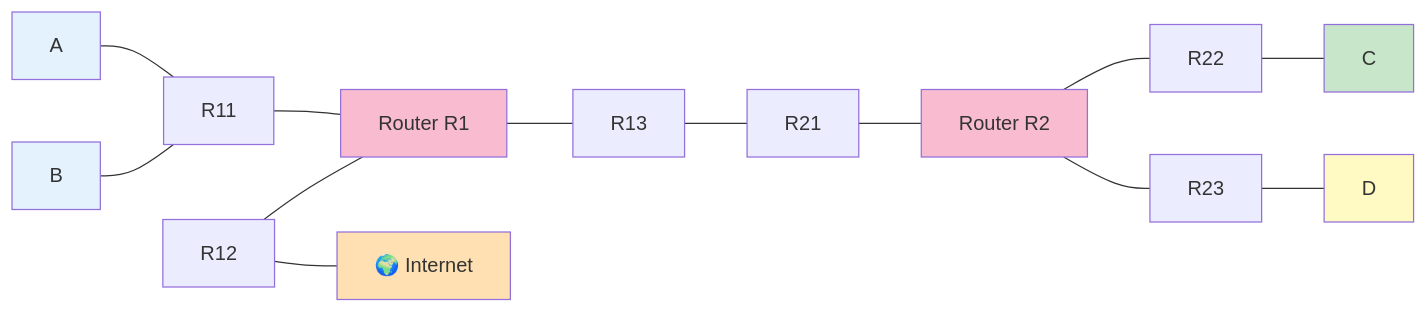
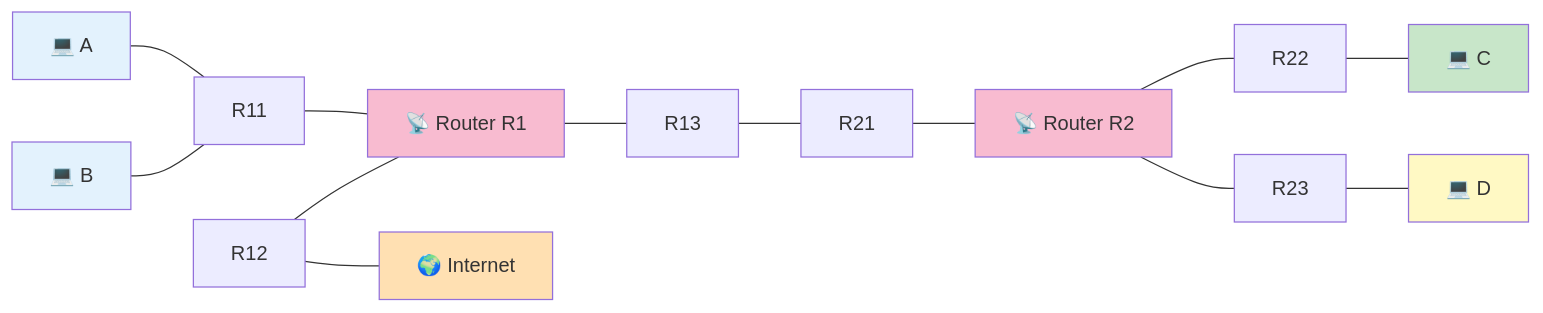
Before and after one commit to Tsunanko/netpractice-guide: the diagram in docs/02-levels/level9.md, drawn with Mermaid. The commit also changed other lines of this file and 14 other files, not shown here.

First line of the commit message:
Add visual progress diagrams and elementary explanations

````diff
--- a/docs/02-levels/level9.md
+++ b/docs/02-levels/level9.md
@@ -31,23 +35,23 @@
 ```mermaid
 flowchart LR
-    A[A] --- R11[R11]
-    B[B] --- R11
-    R11 --- R1[Router R1]
+    A[💻 A] --- R11[R11]
+    B[💻 B] --- R11
+    R11 --- R1[📡 Router R1]
     R12[R12] --- R1
     R12 --- I[🌍 Internet]
     R1 --- R13[R13]
     R13 --- R21[R21]
-    R21 --- R2[Router R2]
+    R21 --- R2[📡 Router R2]
     R2 --- R22[R22]
-    R22 --- C[C]
+    R22 --- C[💻 C]
     R2 --- R23[R23]
-    R23 --- D[D]
+    R23 --- D[💻 D]
 
     style A fill:#E3F2FD
     style B fill:#E3F2FD
     style C fill:#C8E6C9
     style D fill:#FFF9C4
     style R1 fill:#F8BBD0
     style R2 fill:#F8BBD0
     style I fill:#FFE0B2
 ```
````
